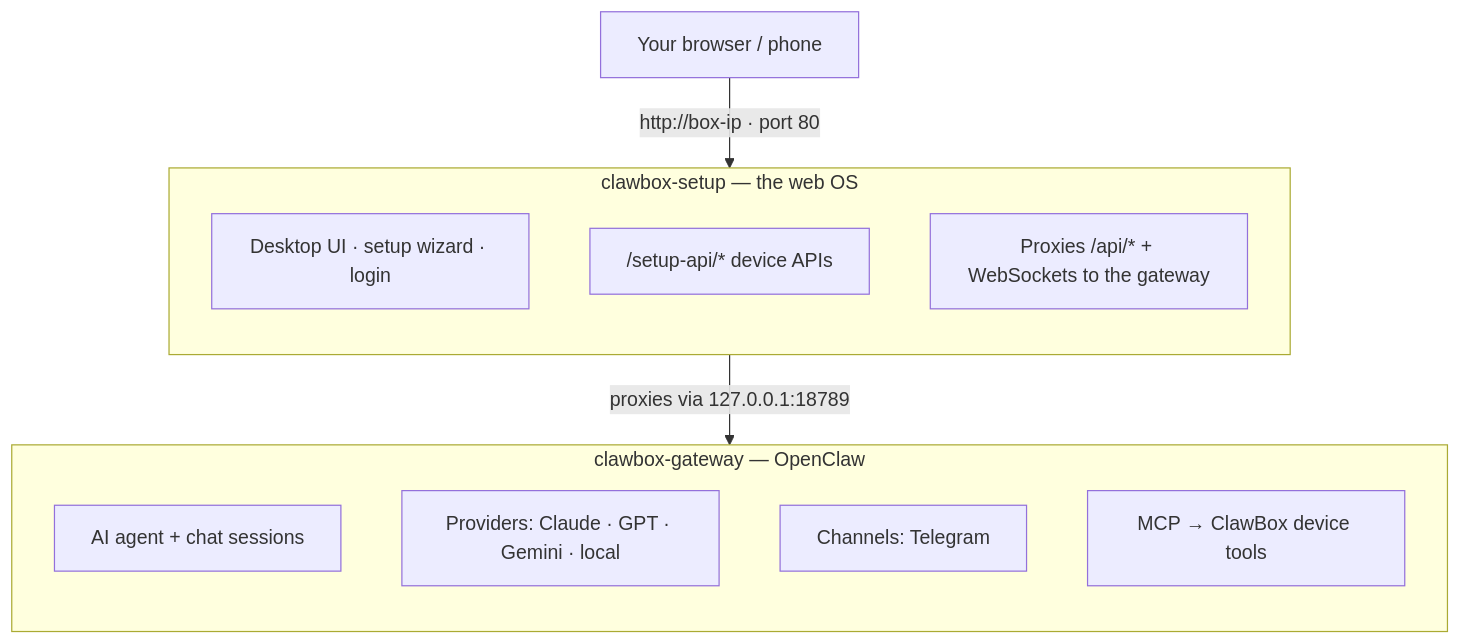
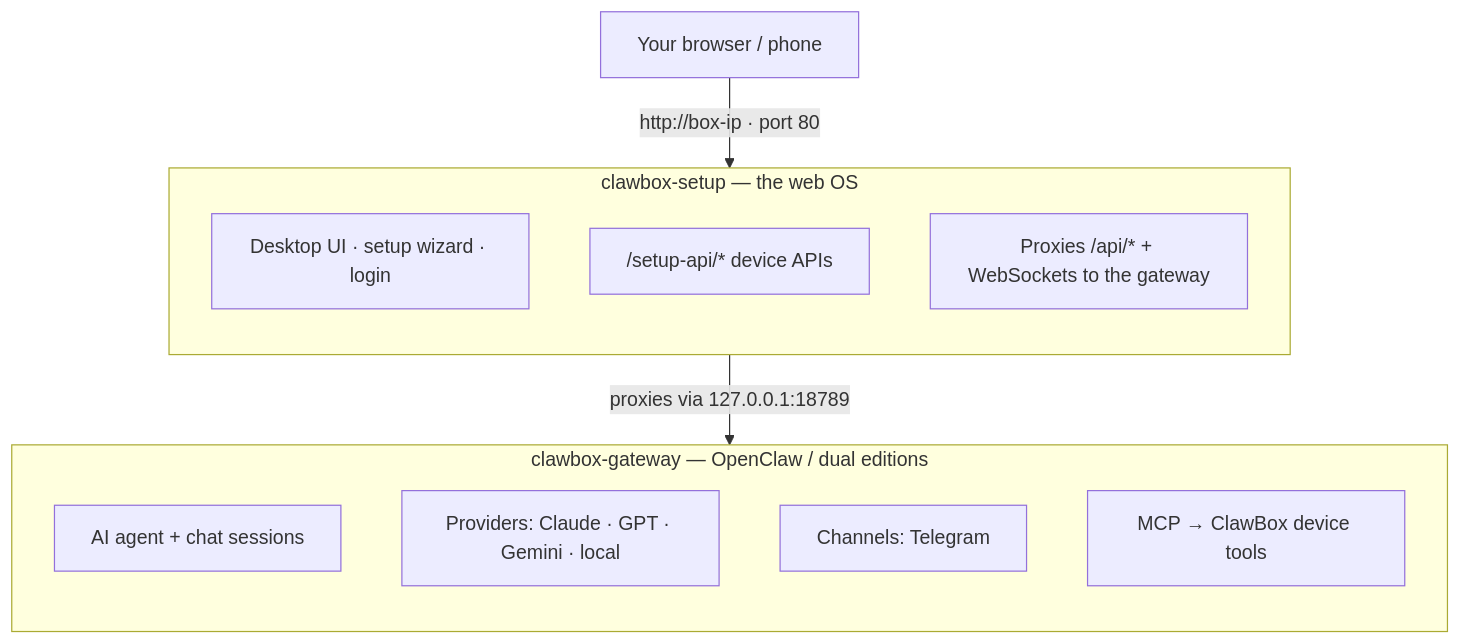
One commit to ID-Robots/clawbox changed the diagram in docs-site/technical/architecture.mdx. Above: the diagram before and after it, drawn with Mermaid. The commit also changed other lines of this file and 17 other files, not shown here.

````diff
--- a/docs-site/technical/architecture.mdx
+++ b/docs-site/technical/architecture.mdx
@@ -11,19 +20,19 @@
 ```mermaid
 flowchart TB
     U["Your browser / phone"]
     U -- "http://box-ip · port 80" --> S
     subgraph S["clawbox-setup — the web OS"]
         direction TB
         s1["Desktop UI · setup wizard · login"]
         s2["/setup-api/* device APIs"]
         s3["Proxies /api/* + WebSockets to the gateway"]
     end
     S -- "proxies via 127.0.0.1:18789" --> G
-    subgraph G["clawbox-gateway — OpenClaw"]
+    subgraph G["clawbox-gateway — OpenClaw / dual editions"]
         direction TB
         g1["AI agent + chat sessions"]
         g2["Providers: Claude · GPT · Gemini · local"]
         g3["Channels: Telegram"]
         g4["MCP → ClawBox device tools"]
     end
 ```
````
